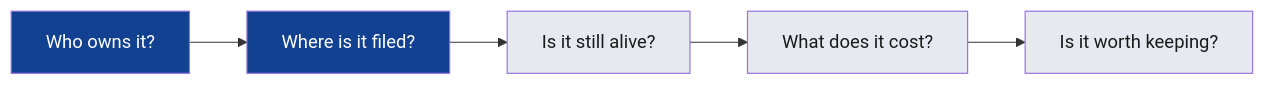
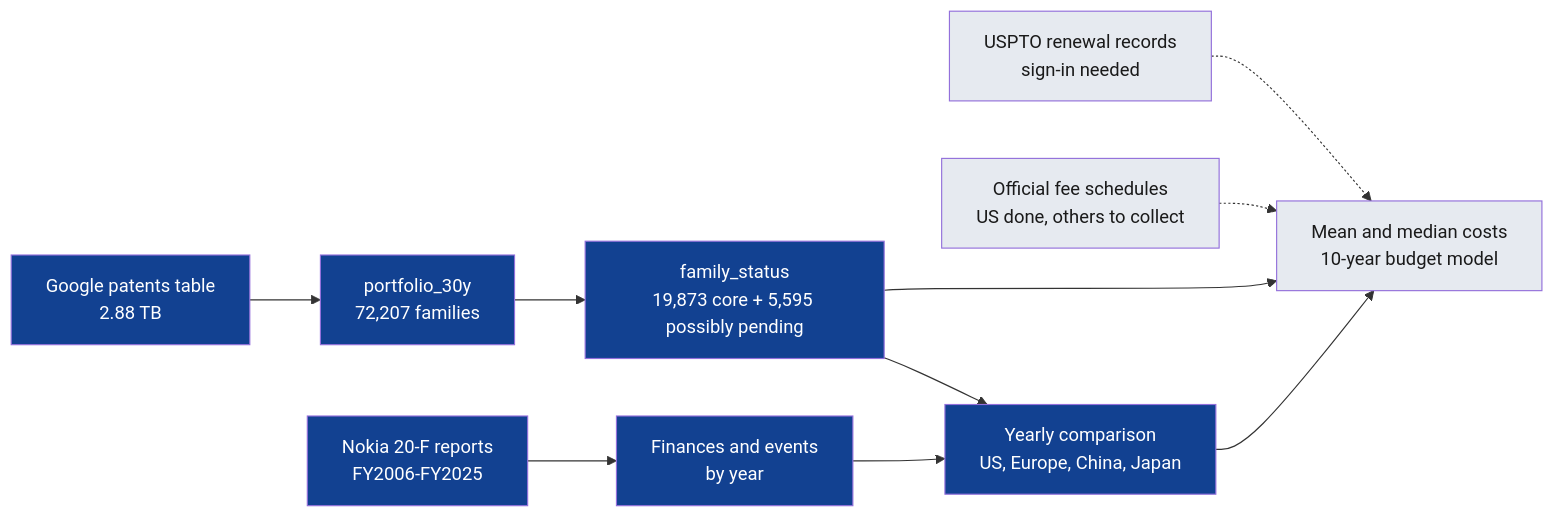
The diagram in docs/data-map.md (smyrnav/patent-portfolio-analysis), drawn with Mermaid before and after one commit. The commit also changed other lines of this file and 3 other files, not shown here.

Commit message:
Update data map to current state, add illustrative mean and median costs

````diff
--- a/docs/data-map.md
+++ b/docs/data-map.md
@@ -9,12 +7,21 @@
 ```mermaid
 flowchart LR
-    A["Who owns it?"] --> B["Where is it filed?"]
-    B --> C["Is it still alive?"]
-    C --> D["What does it cost?"]
-    D --> E["Is it worth keeping?"]
+    A["Google patents table<br/>2.88 TB"] --> B["portfolio_30y<br/>72,207 families"]
+    B --> C["family_status<br/>19,873 core + 5,595 possibly pending"]
+    D["Nokia 20-F reports<br/>FY2006-FY2025"] --> E["Finances and events<br/>by year"]
+    C --> F["Yearly comparison<br/>US, Europe, China, Japan"]
+    E --> F
+    G["USPTO renewal records<br/>sign-in needed"] -.-> H["Mean and median costs<br/>10-year budget model"]
+    I["Official fee schedules<br/>US done, others to collect"] -.-> H
+    C --> H
+    F --> H
     style A fill:#124191,color:#ffffff
     style B fill:#124191,color:#ffffff
-    style C fill:#E6EAF0,color:#1A1A1A
-    style D fill:#E6EAF0,color:#1A1A1A
-    style E fill:#E6EAF0,color:#1A1A1A
+    style C fill:#124191,color:#ffffff
+    style D fill:#124191,color:#ffffff
+    style E fill:#124191,color:#ffffff
+    style F fill:#124191,color:#ffffff
+    style G fill:#E6EAF0,color:#1A1A1A
+    style H fill:#E6EAF0,color:#1A1A1A
+    style I fill:#E6EAF0,color:#1A1A1A
 ```
````
